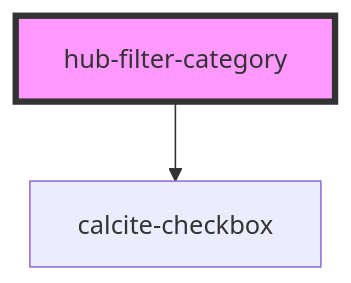
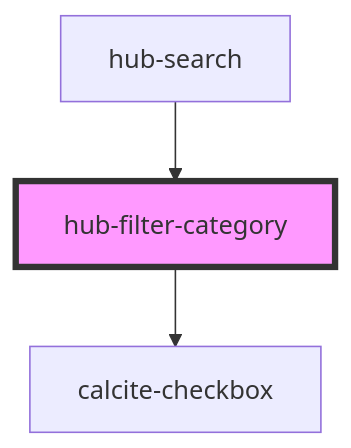
One commit to esridc/hub-components-experiments changed the diagram in src/components/hub-filter-category/readme.md. Above: the diagram before and after it, drawn with Mermaid. The commit also changed other lines of this file and 11 other files, not shown here.

````diff
--- a/src/components/hub-filter-category/readme.md
+++ b/src/components/hub-filter-category/readme.md
@@ -30,5 +34,6 @@
 ```mermaid
 graph TD;
   hub-filter-category --> calcite-checkbox
+  hub-search --> hub-filter-category
   style hub-filter-category fill:#f9f,stroke:#333,stroke-width:4px
 ```
````
